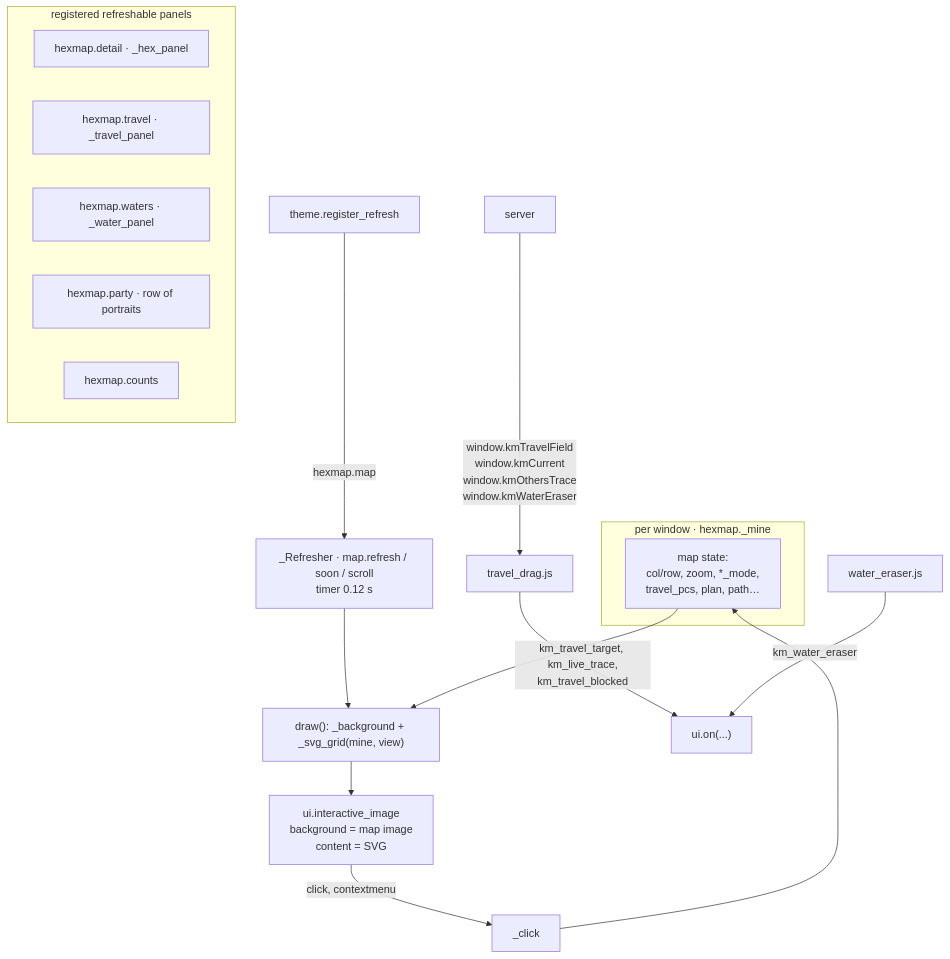
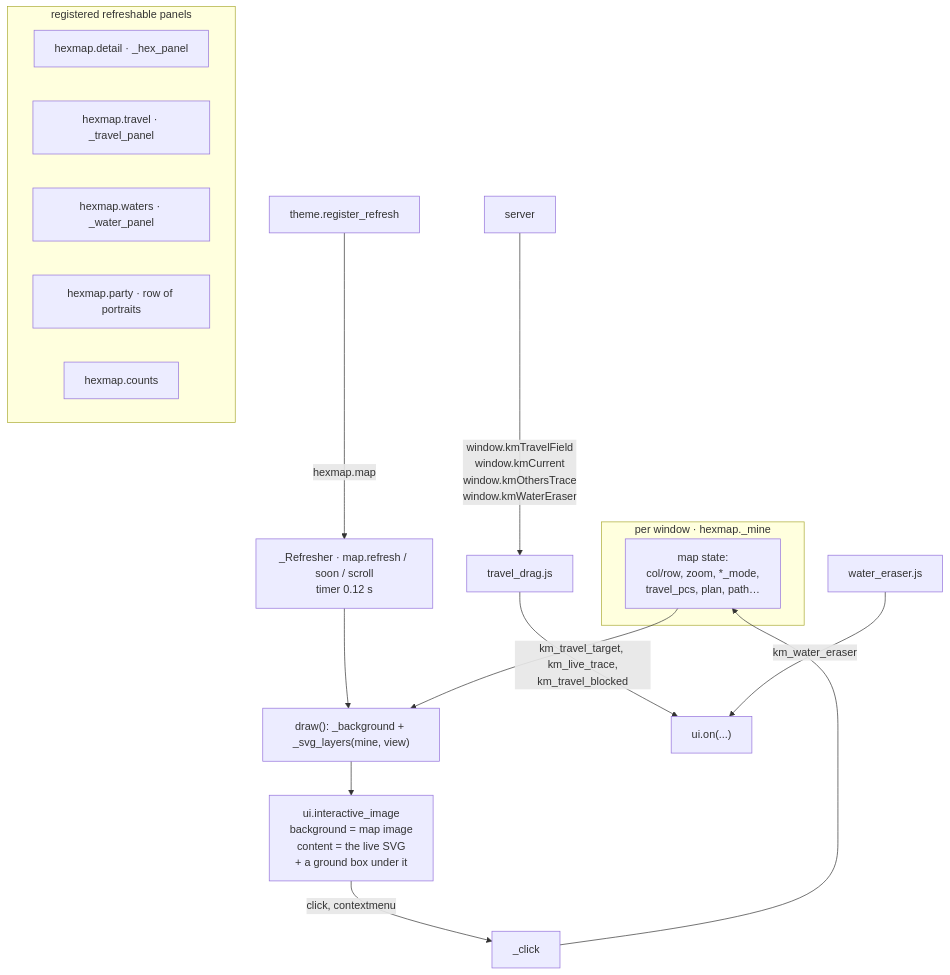
One commit to MarcoMungaiCoppolino/kingmaker-kingdom-manager changed the first of 2 diagrams in docs/manual/06-map.md. Above: the diagram before and after it, drawn with Mermaid. The commit also changed other lines of this file and 23 other files, not shown here.

Commit message:
Kingmaker Kingdom Manager 1.1.2: the refresh bus, the map in two layers, the sheet as blocks

````diff
--- a/docs/manual/06-map.md
+++ b/docs/manual/06-map.md
@@ -35,22 +35,22 @@
 ```mermaid
 flowchart TB
     subgraph window[per window · hexmap._mine]
         MINE[map state:<br/>col/row, zoom, *_mode,<br/>travel_pcs, plan, path…]
     end
-    IMG[ui.interactive_image<br/>background = map image<br/>content = SVG] -->|click, contextmenu| CLICK[_click]
-    DRAW["draw(): _background + _svg_grid(mine, view)"] --> IMG
+    IMG[ui.interactive_image<br/>background = map image<br/>content = the live SVG<br/>+ a ground box under it] -->|click, contextmenu| CLICK[_click]
+    DRAW["draw(): _background + _svg_layers(mine, view)"] --> IMG
     REF[_Refresher · map.refresh / soon / scroll<br/>timer 0.12 s] --> DRAW
     theme.register_refresh -->|hexmap.map| REF
     CLICK --> MINE
     MINE --> DRAW
     subgraph panels[registered refreshable panels]
         DET[hexmap.detail · _hex_panel]
         TRV[hexmap.travel · _travel_panel]
         WAT[hexmap.waters · _water_panel]
         PRT[hexmap.party · row of portraits]
         CNT[hexmap.counts]
     end
     JS[travel_drag.js] -->|km_travel_target, km_live_trace,<br/>km_travel_blocked| EV["ui.on(...)"]
     E[water_eraser.js] -->|km_water_eraser| EV
     SRV[server] -->|window.kmTravelField<br/>window.kmCurrent<br/>window.kmOthersTrace<br/>window.kmWaterEraser| JS
 ```
````
